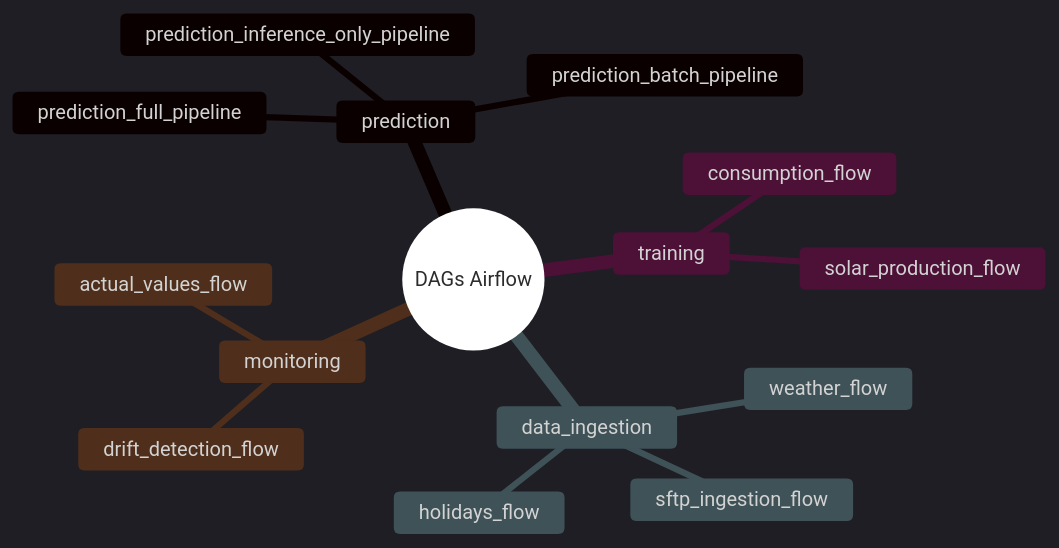
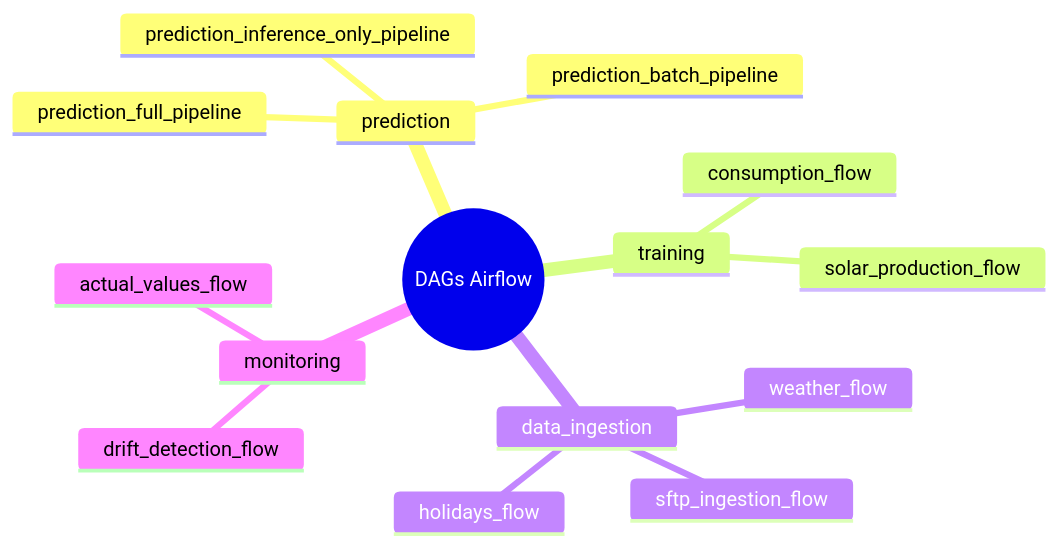
The ninth of 10 diagrams in Services/docsify/docs/architecture-globale.md (jinsudai/jinsudai), drawn with Mermaid before and after one commit. The commit also changed other lines of this file and 1 other file, not shown here.

````diff
--- a/Services/docsify/docs/architecture-globale.md
+++ b/Services/docsify/docs/architecture-globale.md
@@ -348,19 +336,18 @@
 ```mermaid
-%%{init: {'theme': 'dark', 'themeVariables': {'primaryColor': '#e1f5ff', 'primaryTextColor': '#1e293b', 'primaryBorderColor': '#0ea5e9', 'lineColor': '#64748b', 'secondaryColor': '#fff4e1', 'tertiaryColor': '#fce4ec', 'background': '#1e293b', 'mainBkg': '#e1f5ff', 'nodeBorder': '#0ea5e9', 'clusterBkg': '#334155', 'clusterBorder': '#475569', 'titleColor': '#f8fafc', 'edgeLabelBackground': '#1e293b'}}}%%
 mindmap
   root((DAGs Airflow))
     prediction
       prediction_full_pipeline
       prediction_inference_only_pipeline
       prediction_batch_pipeline
     training
       consumption_flow
       solar_production_flow
     data_ingestion
       weather_flow
       holidays_flow
       sftp_ingestion_flow
     monitoring
       actual_values_flow
       drift_detection_flow
 ```
````
